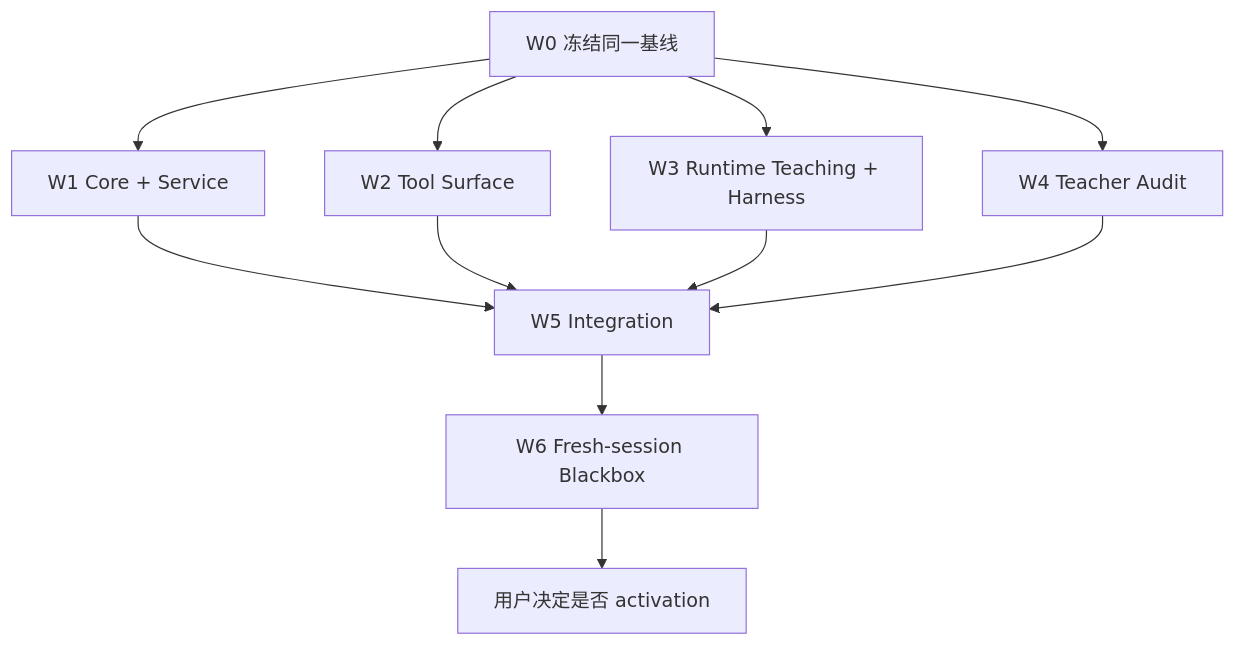
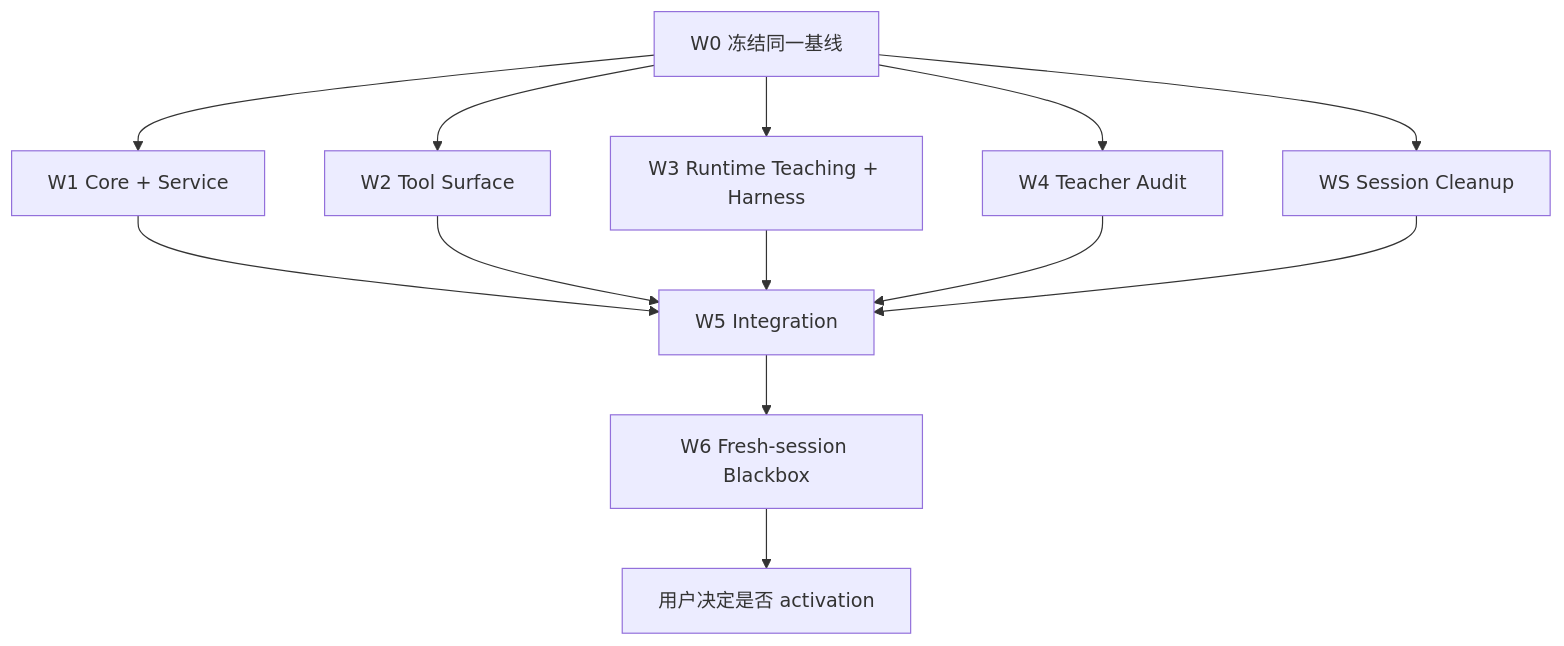
Before and after one commit to Pandluto/dmg-end-field: the diagram in docs/specs/def-opencode-evidence-runtime-spec9/task9-1.md, drawn with Mermaid. The commit also changed other lines of this file and 2 other files, not shown here.

Commit message:
docs(def): add shell session cleanup to spec 9

````diff
--- a/docs/specs/def-opencode-evidence-runtime-spec9/task9-1.md
+++ b/docs/specs/def-opencode-evidence-runtime-spec9/task9-1.md
@@ -632,13 +682,15 @@
 ```mermaid
 flowchart TD
   W0["W0 冻结同一基线"] --> W1["W1 Core + Service"]
   W0 --> W2["W2 Tool Surface"]
   W0 --> W3["W3 Runtime Teaching + Harness"]
   W0 --> W4["W4 Teacher Audit"]
+  W0 --> WS["WS Session Cleanup"]
   W1 --> W5["W5 Integration"]
   W2 --> W5
   W3 --> W5
   W4 --> W5
+  WS --> W5
   W5 --> W6["W6 Fresh-session Blackbox"]
   W6 --> U["用户决定是否 activation"]
 ```
````
